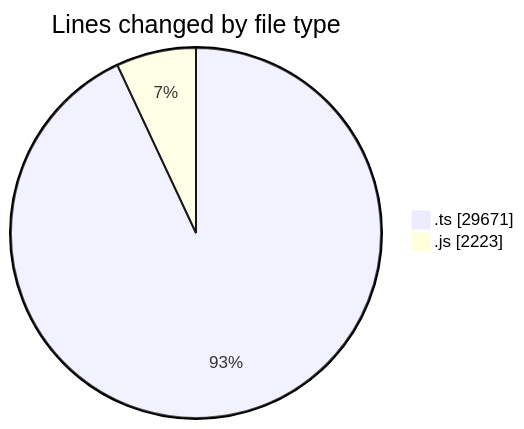
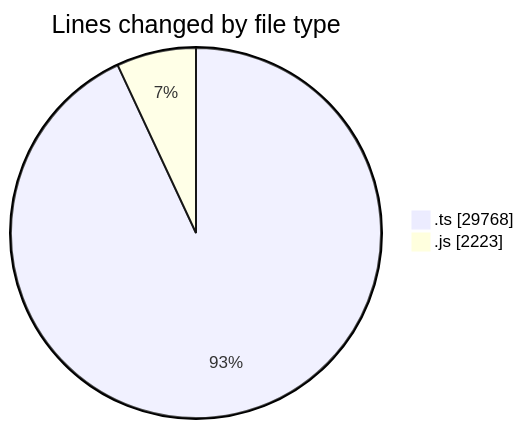
The first of 2 diagrams in 2025-06-26/cda/README.md (momahboobian/code-tracking), drawn with Mermaid before and after one commit. The commit also changed other lines of this file and 1 other file, not shown here.

````diff
--- a/2025-06-26/cda/README.md
+++ b/2025-06-26/cda/README.md
@@ -32,6 +33,6 @@
 ```mermaid
 pie showData
 title Lines changed by file type
-".ts" : 29671
+".ts" : 29768
 ".js" : 2223
 ```
````
